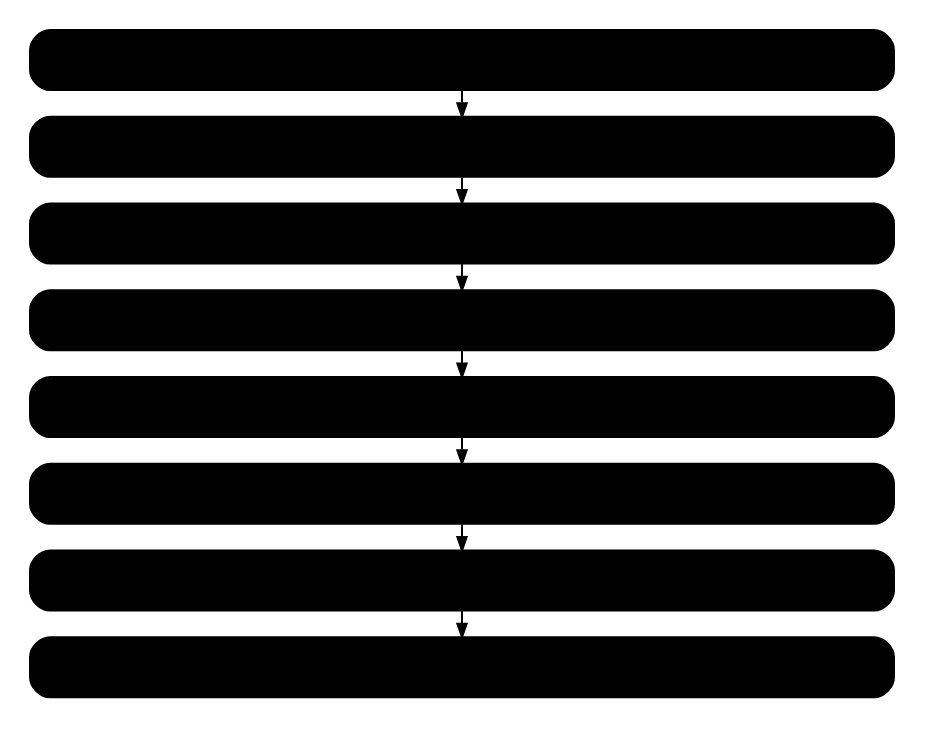
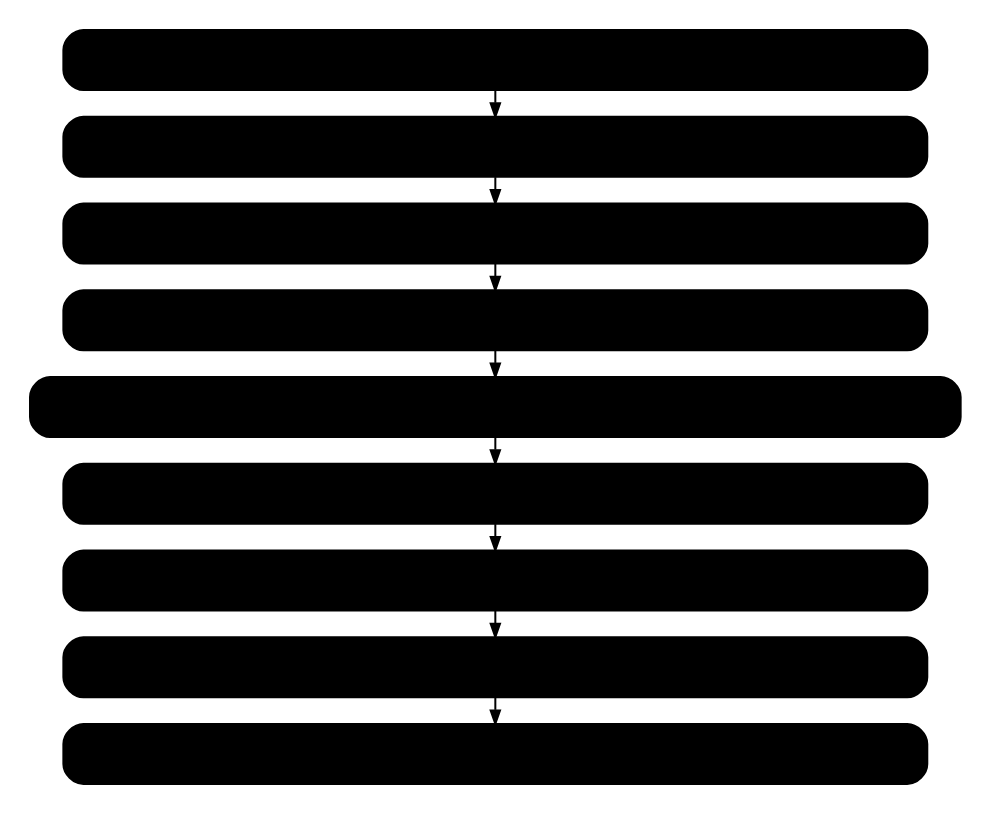
One commit to IortaTexhNXT-DEV/FinVerse changed the diagram in docs/deliverables/src/migration/figures/dm_cutover_weekend.dot. Above: the diagram before and after it, drawn with Graphviz. The commit also changed 37 other files, not shown here.

```diff
--- a/docs/deliverables/src/migration/figures/dm_cutover_weekend.dot
+++ b/docs/deliverables/src/migration/figures/dm_cutover_weekend.dot
@@ -1,16 +1,17 @@
-// BRD-13 Cutover Runbook: the cutover weekend (T = Monday go-live; times PHT).
+// BRD-13 Cutover Runbook: the cutover weekend (T = Monday 3 January 2028, proposed; times PHT).
 digraph dm_weekend {
   graph [rankdir=TB, fontname="Arial", nodesep=0.3, ranksep=0.22, bgcolor="white", pad=0.15];
   node  [shape=box, style="rounded,filled", color="@HEADER_BLUE", penwidth=1.2, fontname="Arial",
          fontsize=12, fontcolor="@NEAR_BLACK", width=7.2, height=0.5, margin="0.14,0.05", fillcolor="@WHITE"];
   edge  [color="@HEADER_BLUE", arrowsize=0.8, penwidth=1.2];
-  f1 [label=<<b>Fri T-3 17:00-22:00</b>   last legacy transactions, EOD and month-end close>, fillcolor="@AMBER_BG"];
+  w1 [label=<<b>Wed T-5 (29 Dec) 17:00</b>   last legacy business day; branches close; GNG-2 done>, fillcolor="@AMBER_BG"];
+  f1 [label=<<b>Fri T-3 (31 Dec) 20:00</b>   last legacy EOD and year-end close>, fillcolor="@AMBER_BG"];
   f2 [label=<<b>Fri T-3 22:00</b>   legacy freeze (read-only); final client delta; final extracts start>, fillcolor="@AMBER_BG"];
-  s1 [label=<<b>Sat T-2 02:00</b>   rollback point - production database snapshot>, fillcolor="@DANGER_BG", color="@DANGER"];
-  s2 [label=<<b>Sat T-2 03:00-17:00</b>   intake checks; headers, open invoices, UPP, collection state, GL, RMEL>, fillcolor="@BG_BLUE"];
+  s1 [label=<<b>Sat T-2 (1 Jan) 02:00</b>   rollback point - production database snapshot>, fillcolor="@DANGER_BG", color="@DANGER"];
+  s2 [label=<<b>Sat T-2 03:00-17:00</b>   intake checks; headers, open invoices, UPP, collection state, GL, RMEL cohorts>, fillcolor="@BG_BLUE"];
   s3 [label=<<b>Sat T-2 18:00 to Sun 04:00</b>   reconciliation L1-L5; Migration Clearing 0.00; breaks (G5)>, fillcolor="@BG_BLUE"];
-  u1 [label=<<b>Sun T-1 06:00-15:00</b>   screening run; business verification (G6); smoke test>, fillcolor="@BG_BLUE"];
+  u1 [label=<<b>Sun T-1 (2 Jan) 06:00-15:00</b>   screening run; business verification (G6); smoke test>, fillcolor="@BG_BLUE"];
   u2 [label=<<b>Sun T-1 18:00</b>   go / no-go GNG-3 (NO-GO: rollback; legacy reopens Monday)>, fillcolor="@DANGER_BG", color="@DANGER"];
-  m1 [label=<<b>Mon T 08:00</b>   BIBS open for business; hypercare; 18:00 point of no return>, fillcolor="@SUCCESS_BG", color="@SUCCESS"];
-  f1 -> f2 -> s1 -> s2 -> s3 -> u1 -> u2 -> m1;
+  m1 [label=<<b>Mon T (3 Jan) 08:00</b>   BIBS open for business; hypercare; 18:00 point of no return>, fillcolor="@SUCCESS_BG", color="@SUCCESS"];
+  w1 -> f1 -> f2 -> s1 -> s2 -> s3 -> u1 -> u2 -> m1;
 }
```
